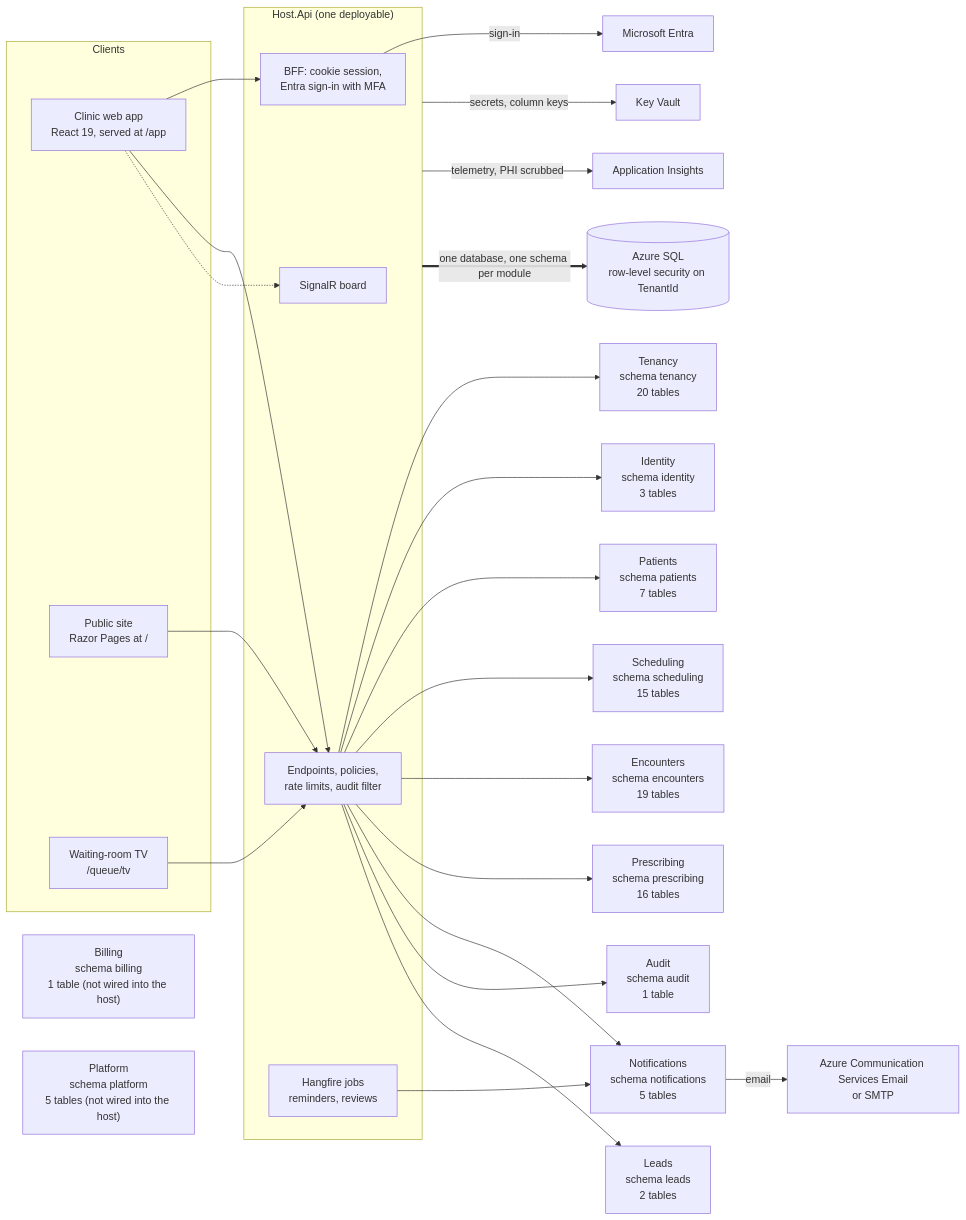
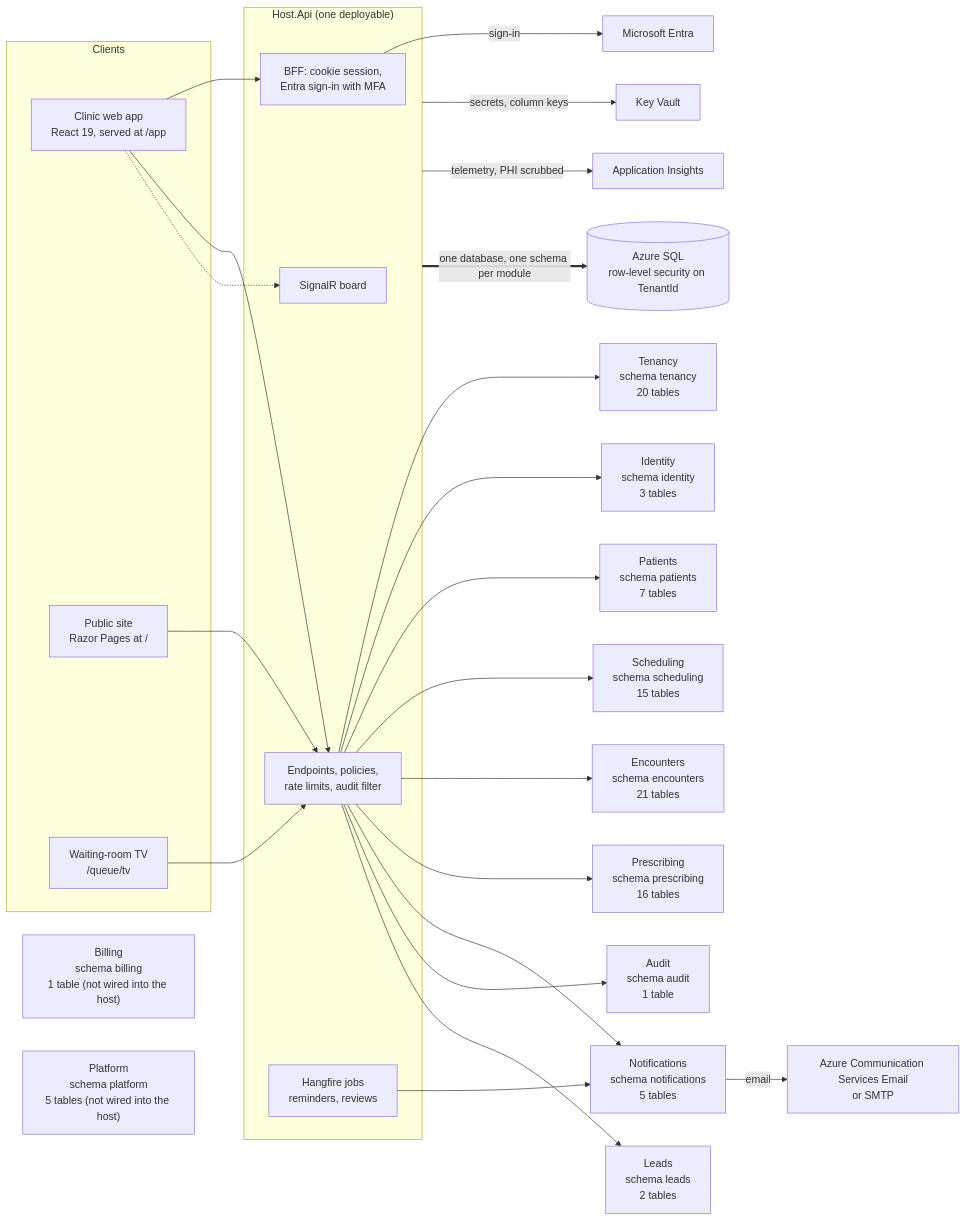
Before and after one commit to ALFRED-LUCIFER/medvya: the first of 14 diagrams in docs/03-architecture/erd.md, drawn with Mermaid. The commit also changed other lines of this file and 48 other files, not shown here.

````diff
--- a/docs/03-architecture/erd.md
+++ b/docs/03-architecture/erd.md
@@ -15,36 +15,36 @@
 ```mermaid
 flowchart LR
   subgraph Clients
     web["Clinic web app<br/>React 19, served at /app"]
     site["Public site<br/>Razor Pages at /"]
     tv["Waiting-room TV<br/>/queue/tv"]
   end
   subgraph Host["Host.Api (one deployable)"]
     bff["BFF: cookie session,<br/>Entra sign-in with MFA"]
     api["Endpoints, policies,<br/>rate limits, audit filter"]
     hub["SignalR board"]
     jobs["Hangfire jobs<br/>reminders, reviews"]
   end
   web --> bff
   web --> api
   web -.-> hub
   tv --> api
   site --> api
   api --> Tenancy["Tenancy<br/>schema tenancy<br/>20 tables"]
   api --> Identity["Identity<br/>schema identity<br/>3 tables"]
   api --> Patients["Patients<br/>schema patients<br/>7 tables"]
   api --> Scheduling["Scheduling<br/>schema scheduling<br/>15 tables"]
-  api --> Encounters["Encounters<br/>schema encounters<br/>19 tables"]
+  api --> Encounters["Encounters<br/>schema encounters<br/>21 tables"]
   api --> Prescribing["Prescribing<br/>schema prescribing<br/>16 tables"]
   api --> Notifications["Notifications<br/>schema notifications<br/>5 tables"]
   api --> Audit["Audit<br/>schema audit<br/>1 table"]
   api --> Leads["Leads<br/>schema leads<br/>2 tables"]
   Billing["Billing<br/>schema billing<br/>1 table (not wired into the host)"]
   Platform["Platform<br/>schema platform<br/>5 tables (not wired into the host)"]
   jobs --> Notifications
   bff -->|"sign-in"| entra["Microsoft Entra"]
   Notifications -->|"email"| mail["Azure Communication Services Email<br/>or SMTP"]
   Host -->|"secrets, column keys"| kv["Key Vault"]
   Host -->|"telemetry, PHI scrubbed"| ai["Application Insights"]
   Host ==>|"one database, one schema per module"| sql[("Azure SQL<br/>row-level security on TenantId")]
 ```
````
